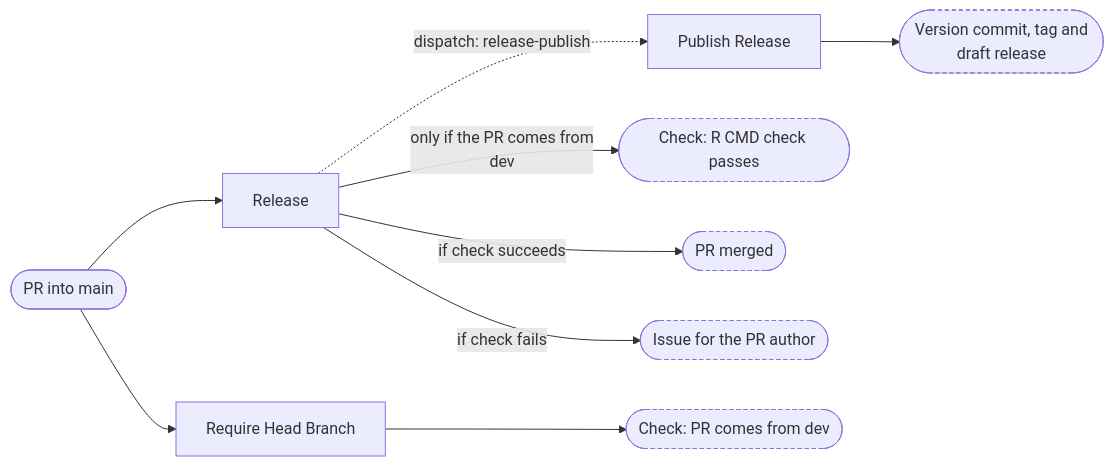
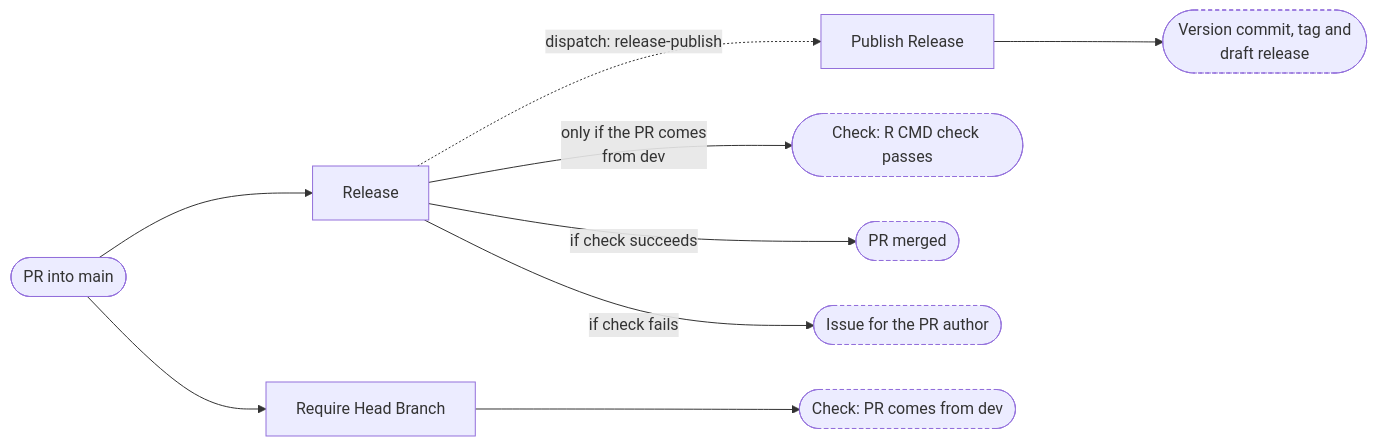
Before and after one commit to nfdi4health/dsSupportClient: the third of 5 diagrams in .github/workflow-graphs/README.md, drawn with Mermaid. The commit also changed other lines of this file, not shown here.

Commit message:
docs: update workflow diagrams

````diff
--- a/.github/workflow-graphs/README.md
+++ b/.github/workflow-graphs/README.md
@@ -80,21 +83,22 @@
 ```mermaid
+%%{init: {"flowchart": {"rankSpacing": 140, "nodeSpacing": 45}}}%%
 flowchart LR
   ev(["PR into main"])
   wf_release_trigger_yml["Release"]
   ev --> wf_release_trigger_yml
   wf_require_head_branch_yml["Require Head Branch"]
   ev --> wf_require_head_branch_yml
   wf_release_publish_yml["Publish Release"]
   wf_release_trigger_yml -. "dispatch: release-publish" .-> wf_release_publish_yml
   out_1(["Check: R CMD check passes"]):::outcome
   out_2(["PR merged"]):::outcome
   out_3(["Issue for the PR author"]):::outcome
   out_4(["Check: PR comes from dev"]):::outcome
   out_5(["Version commit, tag and<br/>draft release"]):::outcome
-  wf_release_trigger_yml -- "only if the PR comes from<br/>dev" --> out_1
+  wf_release_trigger_yml -- "only if the PR comes<br/>from dev" --> out_1
   wf_release_trigger_yml -- "if check succeeds" --> out_2
   wf_release_trigger_yml -- "if check fails" --> out_3
   wf_require_head_branch_yml --> out_4
   wf_release_publish_yml --> out_5
   classDef outcome stroke-dasharray: 4 3
 ```
````
